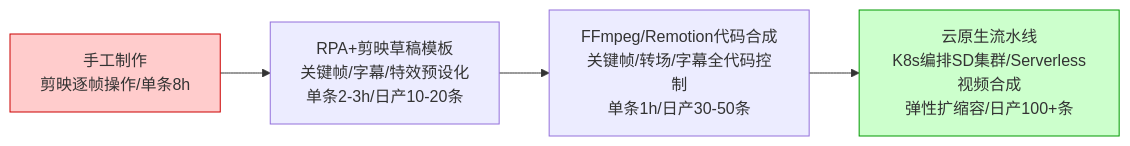
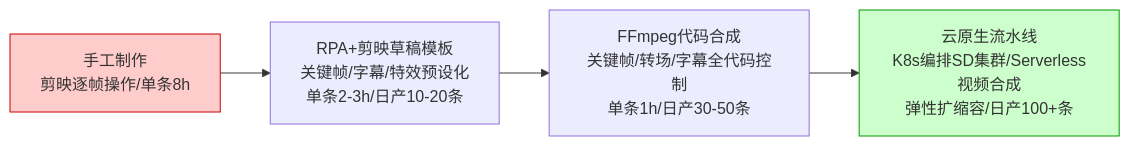
One commit to OpenDocCN1/flygon-zhuanqian-zhoubao changed diagram 11 of 11 in docs/202305_paper2textbook/chapter_013.md. Above: the diagram before and after it, drawn with Mermaid. The commit also changed other lines of this file and 1 other file, not shown here.

````diff
--- a/docs/202305_paper2textbook/chapter_013.md
+++ b/docs/202305_paper2textbook/chapter_013.md
@@ -624,8 +614,8 @@
 ```mermaid
 flowchart LR
     A[手工制作\n剪映逐帧操作/单条8h] --> B[RPA+剪映草稿模板\n关键帧/字幕/特效预设化\n单条2-3h/日产10-20条]
-    B --> C[FFmpeg/Remotion代码合成\n关键帧/转场/字幕全代码控制\n单条1h/日产30-50条]
+    B --> C[FFmpeg代码合成\n关键帧/转场/字幕全代码控制\n单条1h/日产30-50条]
     C --> D[云原生流水线\nK8s编排SD集群/Serverless视频合成\n弹性扩缩容/日产100+条]
     style A fill:#ffcccc,stroke:#c00
     style D fill:#ccffcc,stroke:#090
 ```
````
